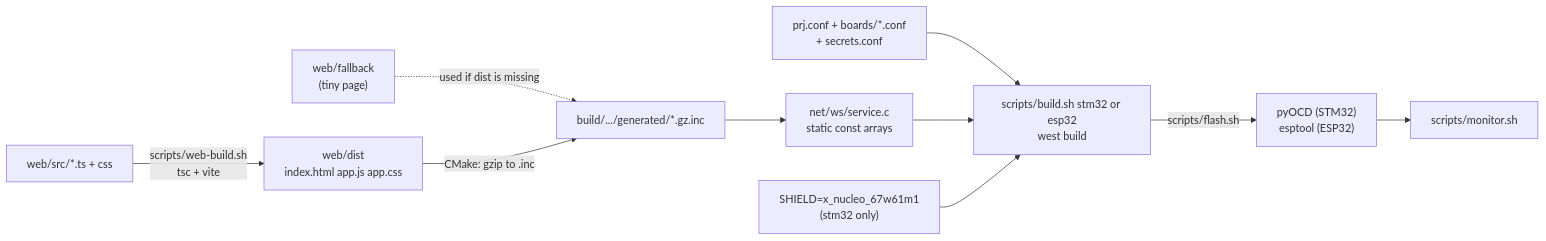
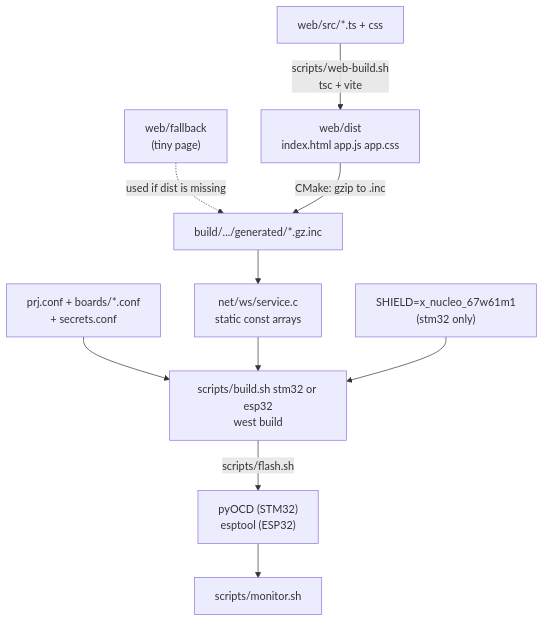
One commit to mtilocca/embedded_sim changed the ninth of 10 diagrams in docs/architecture.md. Above: the diagram before and after it, drawn with Mermaid. The commit also changed other lines of this file and 2 other files, not shown here.

Commit message:
diagrams fix

````diff
--- a/docs/architecture.md
+++ b/docs/architecture.md
@@ -248,12 +248,12 @@
 ```mermaid
-flowchart LR
+flowchart TD
     ts["web/src/*.ts + css"] -- "scripts/web-build.sh<br/>tsc + vite" --> dist["web/dist<br/>index.html app.js app.css"]
     fb["web/fallback<br/>(tiny page)"] -. "used if dist is missing" .-> gz
     dist -- "CMake: gzip to .inc" --> gz["build/.../generated/*.gz.inc"]
     gz --> svc["net/ws/service.c<br/>static const arrays"]
     kcfg["prj.conf + boards/*.conf<br/>+ secrets.conf"] --> fwb
     svc --> fwb["scripts/build.sh stm32 or esp32<br/>west build"]
     shield["SHIELD=x_nucleo_67w61m1<br/>(stm32 only)"] --> fwb
     fwb -- "scripts/flash.sh" --> hw["pyOCD (STM32)<br/>esptool (ESP32)"]
     hw --> mon["scripts/monitor.sh"]
 ```
````
